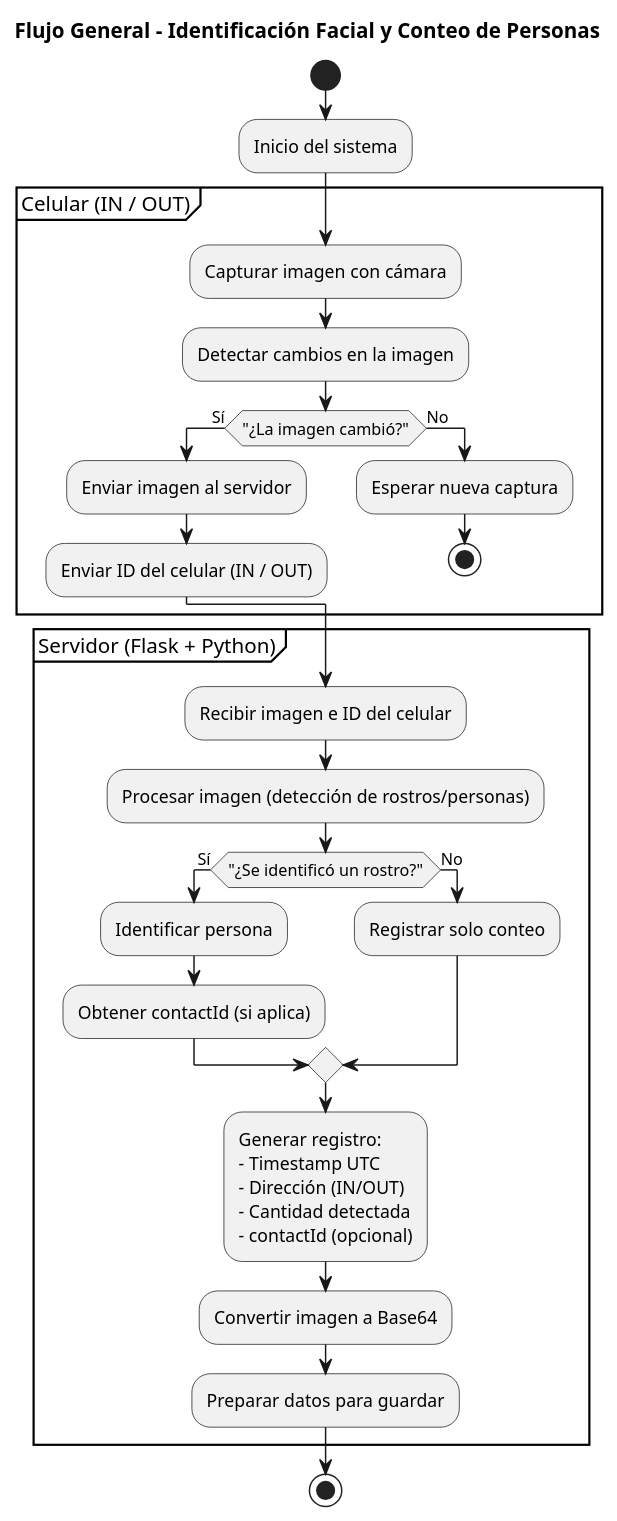
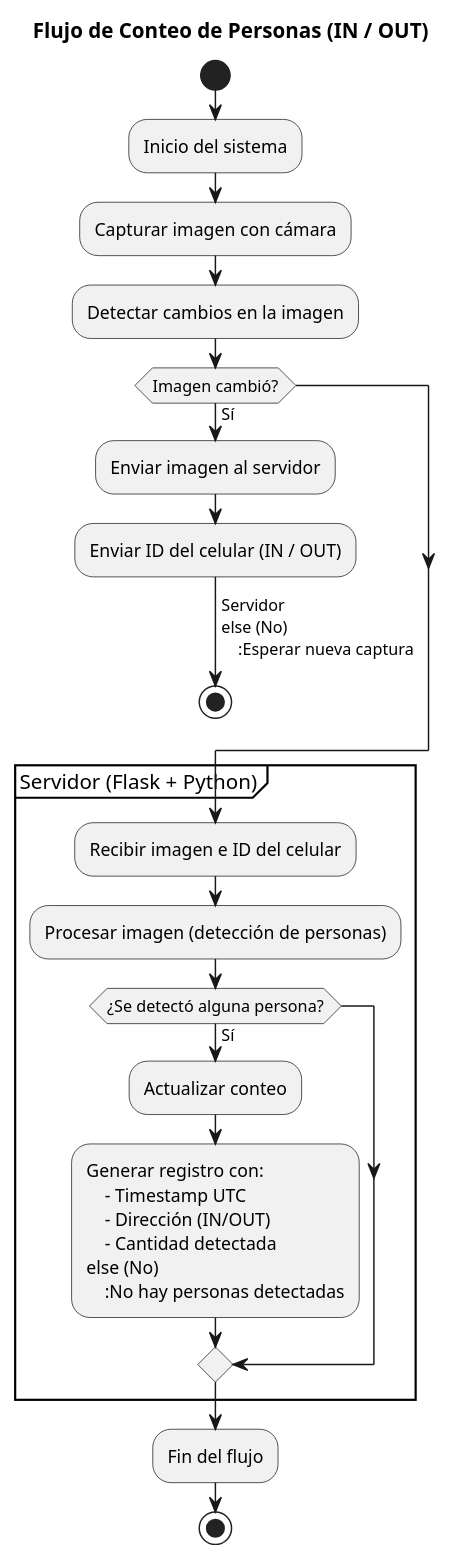
One commit to BrandonSG2/pcwcv changed the diagram in diagrams/flowchart.puml. Above: the diagram before and after it, drawn with PlantUML. The commit also changed 1 other file, not shown here.

Commit message:
Agregado diagrama de deployment y actualizado el de activity

```diff
--- a/diagrams/flowchart.puml
+++ b/diagrams/flowchart.puml
@@ -1,44 +1,38 @@
 @startuml
-title **Flujo General – Identificación Facial y Conteo de Personas**
+title Flujo de Conteo de Personas (IN / OUT)
 
 start
+
 :Inicio del sistema;
 
-partition "Celular (IN / OUT)" {
-    :Capturar imagen con cámara;
-    :Detectar cambios en la imagen;
+:Capturar imagen con cámara;
 
-    if ("¿La imagen cambió?") then (Sí)
-        :Enviar imagen al servidor;
-        :Enviar ID del celular (IN / OUT);
+:Detectar cambios en la imagen;
+
+if (Imagen cambió?) then (Sí)
+    :Enviar imagen al servidor;
+    :Enviar ID del celular (IN / OUT);
+    -> Servidor
+else (No)
+    :Esperar nueva captura;
+    stop
+endif
+
+partition "Servidor (Flask + Python)" {
+    :Recibir imagen e ID del celular;
+    :Procesar imagen (detección de personas);
+
+    if (¿Se detectó alguna persona?) then (Sí)
+        :Actualizar conteo;
+        :Generar registro con:
+        - Timestamp UTC
+        - Dirección (IN/OUT)
+        - Cantidad detectada
     else (No)
-        :Esperar nueva captura;
-        stop
+        :No hay personas detectadas;
     endif
 }
 
-partition "Servidor (Flask + Python)" {
-    :Recibir imagen e ID del celular;
-    :Procesar imagen (detección de rostros/personas);
-
-    if ("¿Se identificó un rostro?") then (Sí)
-        :Identificar persona;
-        :Obtener contactId (si aplica);
-    else (No)
-        :Registrar solo conteo;
-    endif
-
-    :Generar registro:
-    - Timestamp UTC
-    - Dirección (IN/OUT)
-    - Cantidad detectada
-    - contactId (opcional);
-
-    :Convertir imagen a Base64;
-    :Preparar datos para guardar;
-}
-
-
-
+:Fin del flujo;
 stop
 @enduml
```
